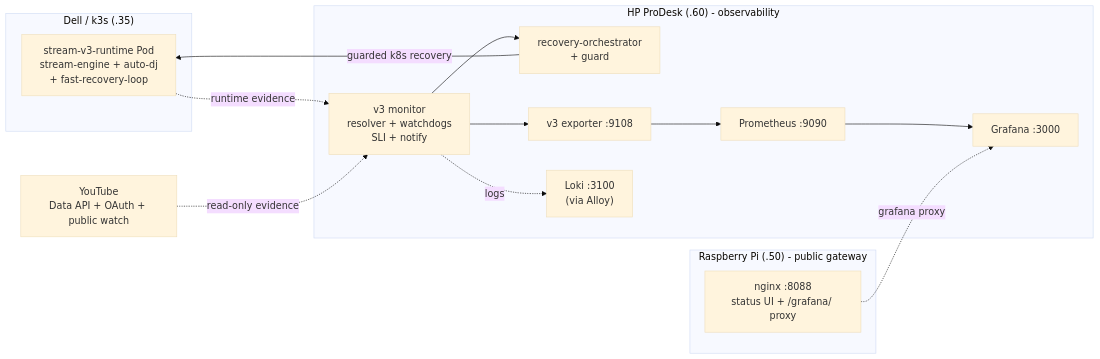
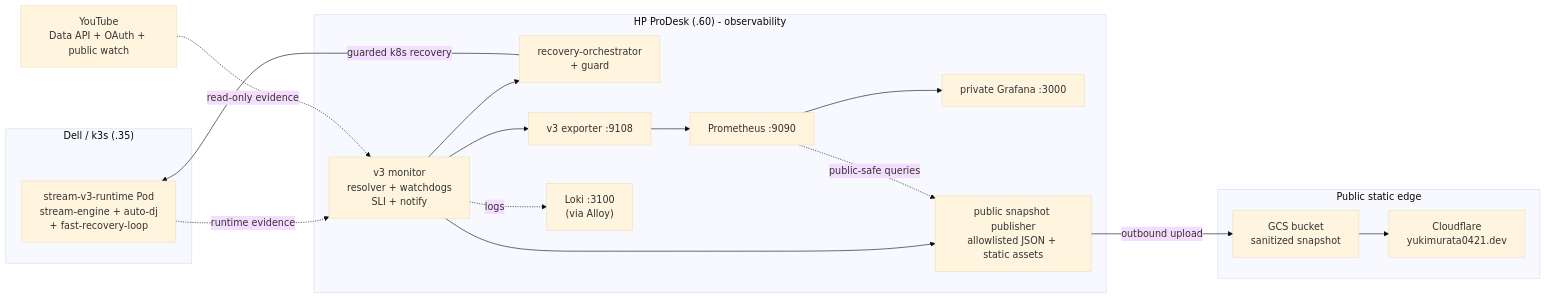
One commit to yukimurata0421/live-stream-systems-case-study changed the second of 2 diagrams in README.md. Above: the diagram before and after it, drawn with Mermaid (base theme). The commit also changed other lines of this file and 12 other files, not shown here.

Commit message:
Correct public status publication topology

````diff
--- a/README.md
+++ b/README.md
@@ -97,29 +97,33 @@
 ```mermaid
 flowchart LR
     subgraph DELL["Dell / k3s (.35)"]
         RUN["stream-v3-runtime Pod<br/>stream-engine + auto-dj<br/>+ fast-recovery-loop"]
     end
 
     subgraph PD["HP ProDesk (.60) - observability"]
         MON["v3 monitor<br/>resolver + watchdogs<br/>SLI + notify"]
         ORCH["recovery-orchestrator<br/>+ guard"]
         EXP["v3 exporter :9108"]
         PROM["Prometheus :9090"]
         LOKI["Loki :3100<br/>(via Alloy)"]
-        GRAF["Grafana :3000"]
+        GRAF["private Grafana :3000"]
+        PUB["public snapshot publisher<br/>allowlisted JSON + static assets"]
     end
 
-    subgraph RPI["Raspberry Pi (.50) - public gateway"]
-        NGINX["nginx :8088<br/>status UI + /grafana/ proxy"]
+    subgraph EDGE["Public static edge"]
+        GCS["GCS bucket<br/>sanitized snapshot"]
+        CF["Cloudflare<br/>yukimurata0421.dev"]
     end
 
     YT["YouTube<br/>Data API + OAuth + public watch"]
 
     RUN -. runtime evidence .-> MON
     YT -. read-only evidence .-> MON
     MON --> ORCH
     ORCH -->|"guarded k8s recovery"| RUN
     MON --> EXP --> PROM --> GRAF
     MON -. logs .-> LOKI
-    NGINX -. grafana proxy .-> GRAF
+    MON --> PUB
+    PROM -. public-safe queries .-> PUB
+    PUB -->|"outbound upload"| GCS --> CF
 ```
````
